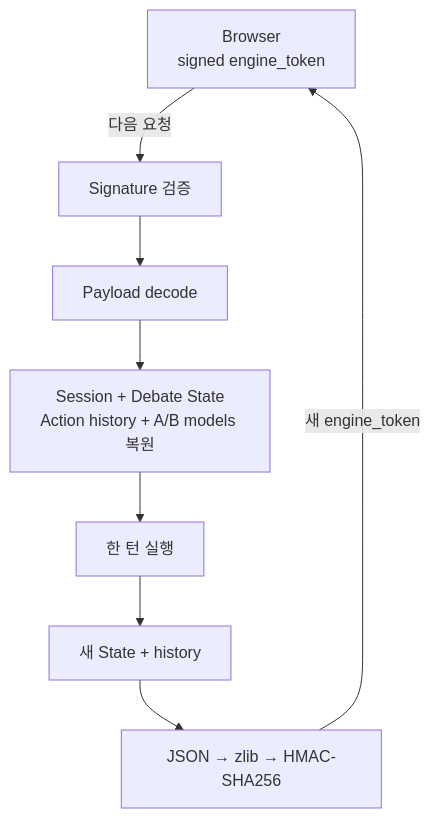
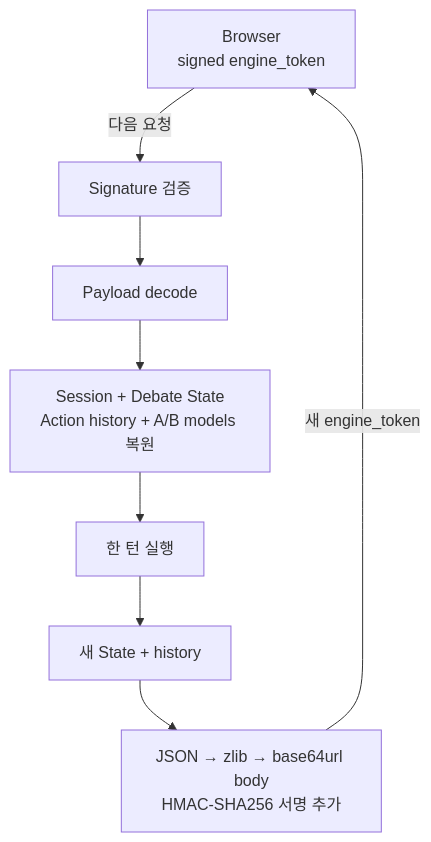
Diagram 11 of 11 in README.md (hodob/A1-3), drawn with Mermaid before and after one commit. The commit also changed other lines of this file, not shown here.

````diff
--- a/README.md
+++ b/README.md
@@ -507,10 +506,10 @@
 ```mermaid
 flowchart TD
     A[Browser<br/>signed engine_token] -->|다음 요청| B[Signature 검증]
     B --> C[Payload decode]
     C --> D[Session + Debate State<br/>Action history + A/B models 복원]
     D --> E[한 턴 실행]
     E --> F[새 State + history]
-    F --> G[JSON → zlib → HMAC-SHA256]
+    F --> G[JSON → zlib → base64url body<br/>HMAC-SHA256 서명 추가]
     G -->|새 engine_token| A
 ```
````
